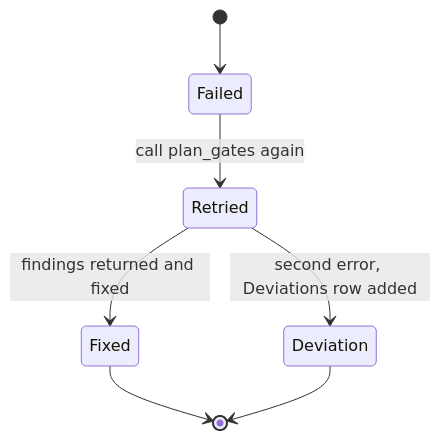
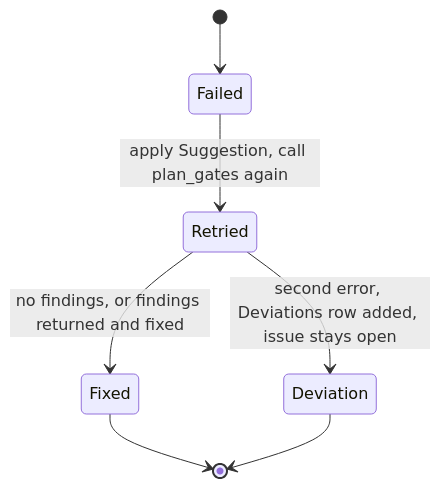
The third of 3 diagrams in openspec/changes/plan-verification-speed/specs/skill-plan/spec.md (rnagrodzki/sdlc-plugin), drawn with Mermaid before and after one commit. The commit also changed other lines of this file and 24 other files, not shown here.

````diff
--- a/openspec/changes/plan-verification-speed/specs/skill-plan/spec.md
+++ b/openspec/changes/plan-verification-speed/specs/skill-plan/spec.md
@@ -202,9 +202,9 @@
 ```mermaid
 stateDiagram-v2
   [*] --> Failed
-  Failed --> Retried: call plan_gates again
-  Retried --> Fixed: findings returned and fixed
-  Retried --> Deviation: second error, Deviations row added
+  Failed --> Retried: apply Suggestion, call plan_gates again
+  Retried --> Fixed: no findings, or findings returned and fixed
+  Retried --> Deviation: second error, Deviations row added, issue stays open
   Fixed --> [*]
   Deviation --> [*]
 ```
````
